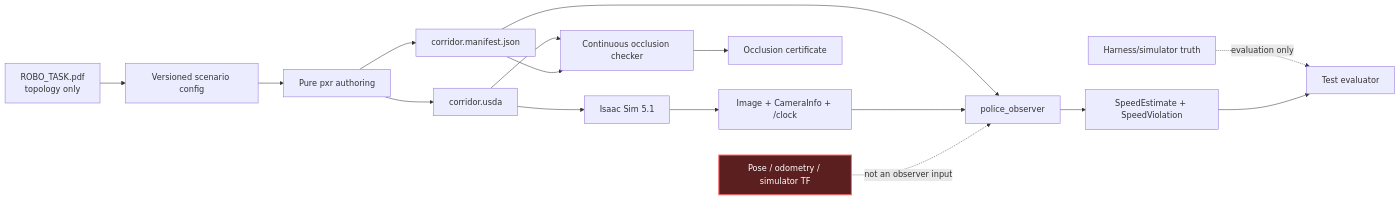
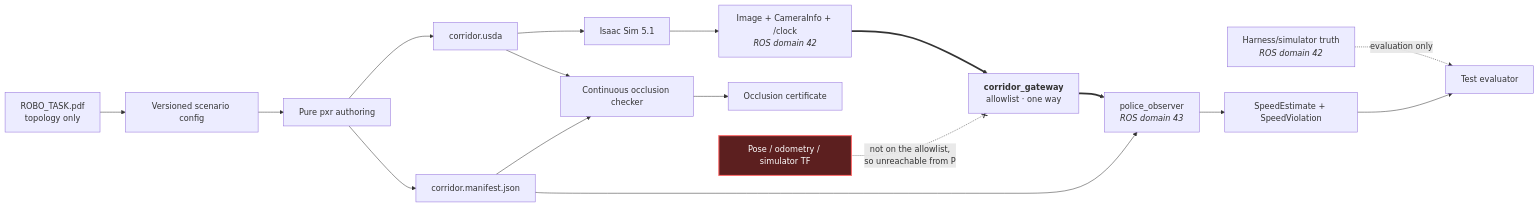
The second of 2 diagrams in docs/README.md (alexandergmzx/corridor-twin), drawn with Mermaid before and after one commit. The commit also changed other lines of this file and 5 other files, not shown here.

````diff
--- a/docs/README.md
+++ b/docs/README.md
@@ -81,25 +82,26 @@
 ```mermaid
 flowchart LR
     Task["ROBO_TASK.pdf<br/>topology only"] --> Config
     Config["Versioned scenario config"] --> Author["Pure pxr authoring"]
     Author --> USD["corridor.usda"]
     Author --> Manifest["corridor.manifest.json"]
 
     USD --> Isaac["Isaac Sim 5.1"]
-    Isaac --> Feed["Image + CameraInfo + /clock"]
-    Manifest --> Observer["police_observer"]
-    Feed --> Observer
+    Isaac --> Feed["Image + CameraInfo + /clock<br/><i>ROS domain 42</i>"]
+    Feed ==> GW["<b>corridor_gateway</b><br/>allowlist &middot; one way"]
+    GW ==> Observer["police_observer<br/><i>ROS domain 43</i>"]
+    Manifest --> Observer
     Observer --> Result["SpeedEstimate + SpeedViolation"]
 
     USD --> Occlusion["Continuous occlusion checker"]
     Manifest --> Occlusion
     Occlusion --> Certificate["Occlusion certificate"]
 
-    Truth["Harness/simulator truth"] -. "evaluation only" .-> Evaluator["Test evaluator"]
+    Truth["Harness/simulator truth<br/><i>ROS domain 42</i>"] -. "evaluation only" .-> Evaluator["Test evaluator"]
     Result --> Evaluator
 
     Forbidden["Pose / odometry / simulator TF"]:::blocked
-    Forbidden -. "not an observer input" .-> Observer
+    Forbidden -. "not on the allowlist,<br/>so unreachable from P" .-x GW
 
     classDef blocked fill:#5c1f1f,color:#ffffff,stroke:#ff6b6b,stroke-width:2px;
 ```
````
